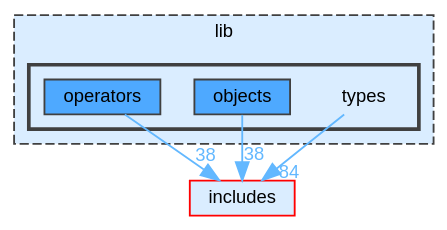
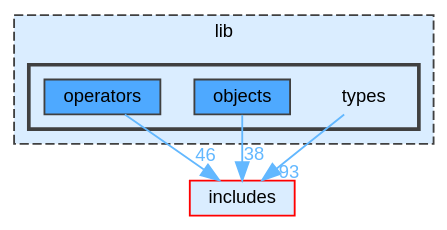
One commit to JS-CMP/JS-CMP changed the diagram in dir_560694f03ee5bf1136d79e4f1ca1ca37_dep.dot. Above: the diagram before and after it, drawn with Graphviz. The commit also changed 243 other files, not shown here.

```diff
--- a/dir_560694f03ee5bf1136d79e4f1ca1ca37_dep.dot
+++ b/dir_560694f03ee5bf1136d79e4f1ca1ca37_dep.dot
@@ -1,21 +1,21 @@
 digraph "lib/types"
 {
  // LATEX_PDF_SIZE
   bgcolor="transparent";
   edge [fontname=Helvetica,fontsize=10,labelfontname=Helvetica,labelfontsize=10];
   node [fontname=Helvetica,fontsize=10,shape=box,height=0.2,width=0.4];
   compound=true
   subgraph clusterdir_97aefd0d527b934f1d99a682da8fe6a9 {
     graph [ bgcolor="#daedff", pencolor="grey25", label="lib", fontname=Helvetica,fontsize=10 style="filled,dashed", URL="dir_97aefd0d527b934f1d99a682da8fe6a9.html",tooltip=""]
   subgraph clusterdir_560694f03ee5bf1136d79e4f1ca1ca37 {
     graph [ bgcolor="#daedff", pencolor="grey25", label="", fontname=Helvetica,fontsize=10 style="filled,bold", URL="dir_560694f03ee5bf1136d79e4f1ca1ca37.html",tooltip=""]
     dir_560694f03ee5bf1136d79e4f1ca1ca37 [shape=plaintext, label="types"];
   dir_5cf2d1decf7560474321a2736fa1e755 [label="objects", fillcolor="#4ea9ff", color="grey25", style="filled", URL="dir_5cf2d1decf7560474321a2736fa1e755.html",tooltip=""];
   dir_cc8d397db54d25297def3a698c833207 [label="operators", fillcolor="#4ea9ff", color="grey25", style="filled", URL="dir_cc8d397db54d25297def3a698c833207.html",tooltip=""];
   }
   }
   dir_09e761304027c904456130627fd4dcf5 [label="includes", fillcolor="#daedff", color="red", style="filled", URL="dir_09e761304027c904456130627fd4dcf5.html",tooltip=""];
-  dir_560694f03ee5bf1136d79e4f1ca1ca37->dir_09e761304027c904456130627fd4dcf5 [headlabel="84", labeldistance=1.5 headhref="dir_000026_000009.html" href="dir_000026_000009.html" color="steelblue1" fontcolor="steelblue1"];
-  dir_5cf2d1decf7560474321a2736fa1e755->dir_09e761304027c904456130627fd4dcf5 [headlabel="38", labeldistance=1.5 headhref="dir_000019_000009.html" href="dir_000019_000009.html" color="steelblue1" fontcolor="steelblue1"];
-  dir_cc8d397db54d25297def3a698c833207->dir_09e761304027c904456130627fd4dcf5 [headlabel="38", labeldistance=1.5 headhref="dir_000020_000009.html" href="dir_000020_000009.html" color="steelblue1" fontcolor="steelblue1"];
+  dir_560694f03ee5bf1136d79e4f1ca1ca37->dir_09e761304027c904456130627fd4dcf5 [headlabel="93", labeldistance=1.5 headhref="dir_000027_000009.html" href="dir_000027_000009.html" color="steelblue1" fontcolor="steelblue1"];
+  dir_5cf2d1decf7560474321a2736fa1e755->dir_09e761304027c904456130627fd4dcf5 [headlabel="38", labeldistance=1.5 headhref="dir_000020_000009.html" href="dir_000020_000009.html" color="steelblue1" fontcolor="steelblue1"];
+  dir_cc8d397db54d25297def3a698c833207->dir_09e761304027c904456130627fd4dcf5 [headlabel="46", labeldistance=1.5 headhref="dir_000021_000009.html" href="dir_000021_000009.html" color="steelblue1" fontcolor="steelblue1"];
 }
```
